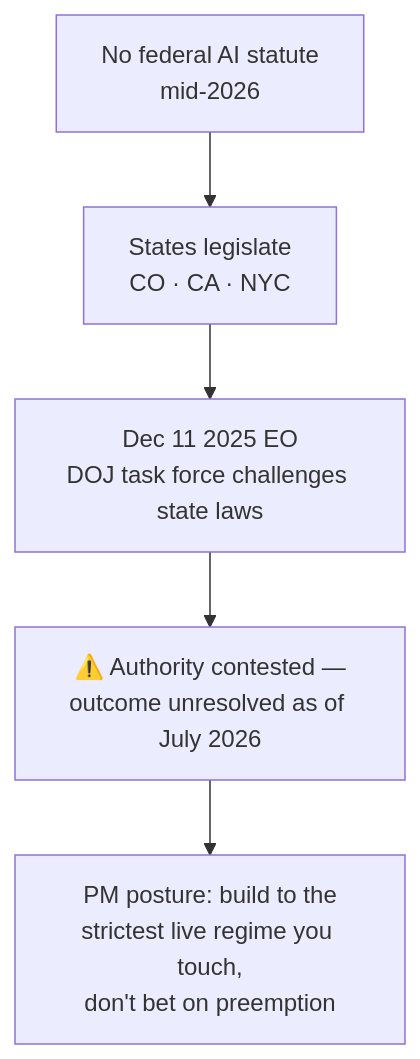
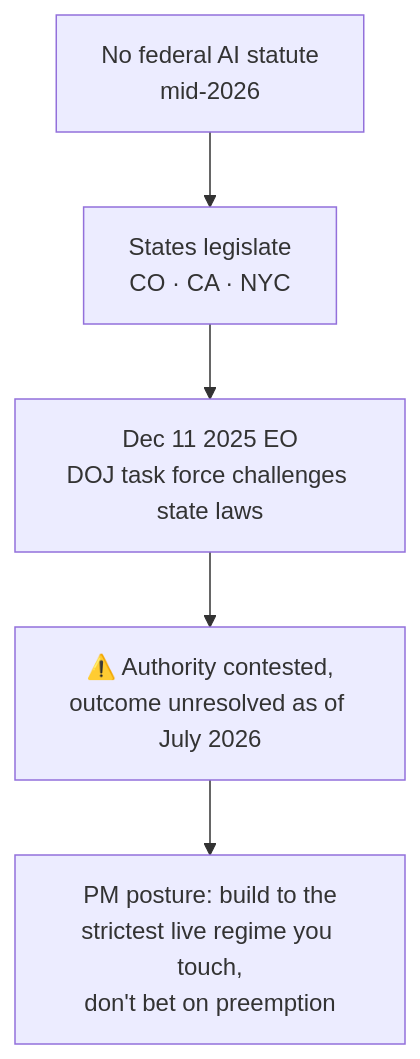
One commit to sugirdadinakar/AI-for-Product-Managers changed the second of 3 diagrams in 09-resources/regulation-and-governance.md. Above: the diagram before and after it, drawn with Mermaid. The commit also changed other lines of this file and 59 other files, not shown here.

````diff
--- a/09-resources/regulation-and-governance.md
+++ b/09-resources/regulation-and-governance.md
@@ -72,7 +72,7 @@
 ```mermaid
 flowchart TD
     A["No federal AI statute<br/>mid-2026"] --> B["States legislate<br/>CO · CA · NYC"]
     B --> C["Dec 11 2025 EO<br/>DOJ task force challenges state laws"]
-    C --> D["⚠️ Authority contested —<br/>outcome unresolved as of July 2026"]
+    C --> D["⚠️ Authority contested,<br/>outcome unresolved as of July 2026"]
     D --> E["PM posture: build to the<br/>strictest live regime you touch,<br/>don't bet on preemption"]
 ```
````
